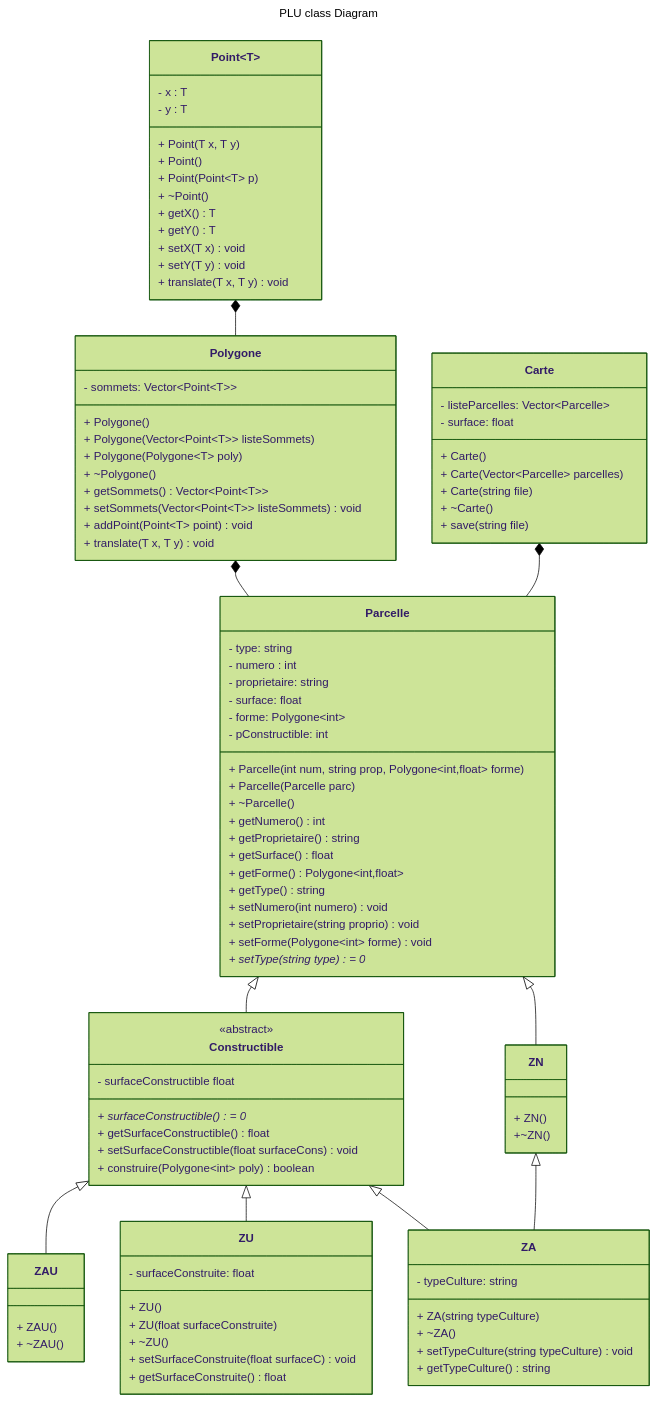
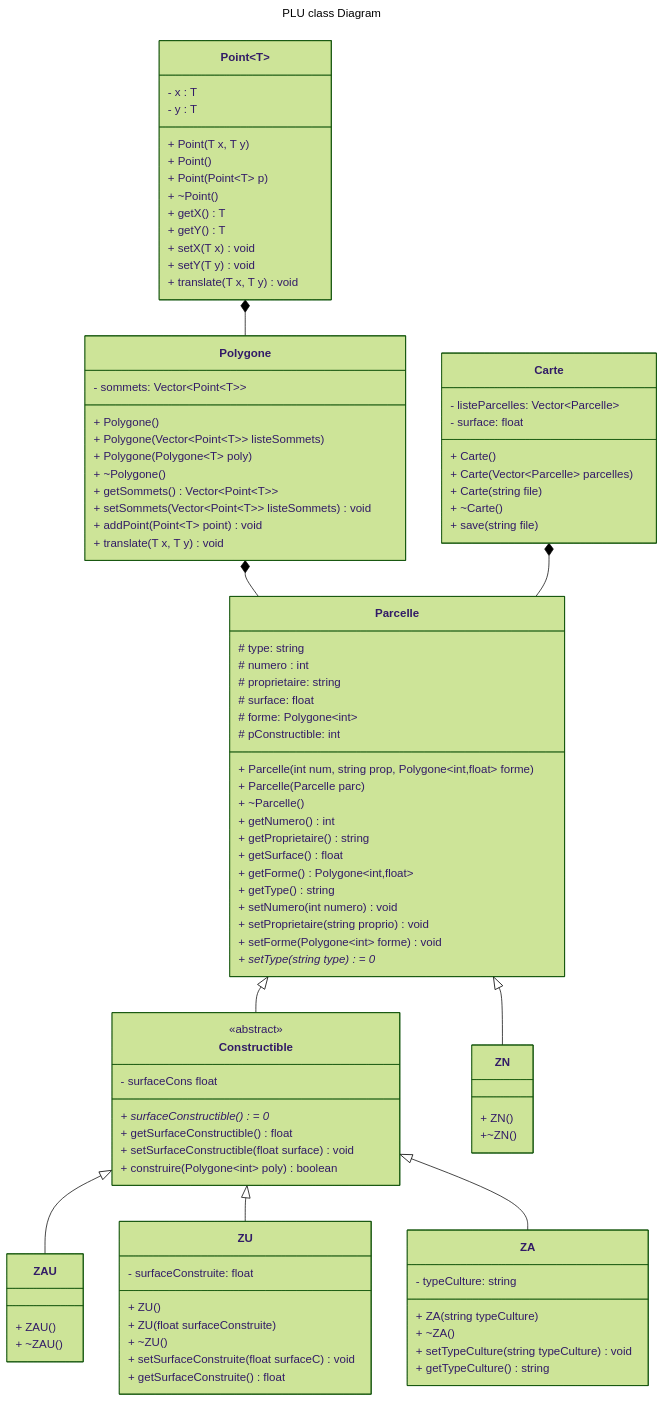
Before and after one commit to ECN-SEC-SMP/tp4-not-euge_anna_jack_nath: the diagram in README.md, drawn with Mermaid (forest theme). The commit also changed other lines of this file, not shown here.

Commit message:
Detail architecture

```diff
--- a/README.md
+++ b/README.md
@@ -36,7 +40,6 @@
     Constructible <|-- ZAU
     Constructible <|-- ZU
     Constructible <|-- ZA
-    ZN <|-- ZA
     Point~T~ *-- Polygone
     Polygone *-- Parcelle
     Carte *-- Parcelle
@@ -63,16 +66,15 @@
         + getSommets() Vector~Point~T~~
         + setSommets(Vector~Point~T~~ listeSommets) void
         + addPoint(Point~T~ point) void
-        + translate(T x, T y) void 
-
+        + translate(T x, T y) void
     }
     class Parcelle{
-        - type: string
-        - numero : int
-        - proprietaire: string
-        - surface: float
-        - forme: Polygone~int~
-        - pConstructible: int
+        # type: string
+        # numero : int
+        # proprietaire: string
+        # surface: float
+        # forme: Polygone~int~
+        # pConstructible: int
         + Parcelle(int num, string prop, Polygone~int,float~ forme)
         + Parcelle(Parcelle parc)
         + ~Parcelle()
@@ -97,10 +99,10 @@
     }
     class Constructible {
         <<abstract>>
-        - surfaceConstructible float
+        - surfaceCons float
         + surfaceConstructible() = 0*
         + getSurfaceConstructible() float
-        + setSurfaceConstructible(float surfaceCons) void
+        + setSurfaceConstructible(float surface) void
         + construire(Polygone~int~ poly) boolean
     }
     class ZN {
```
